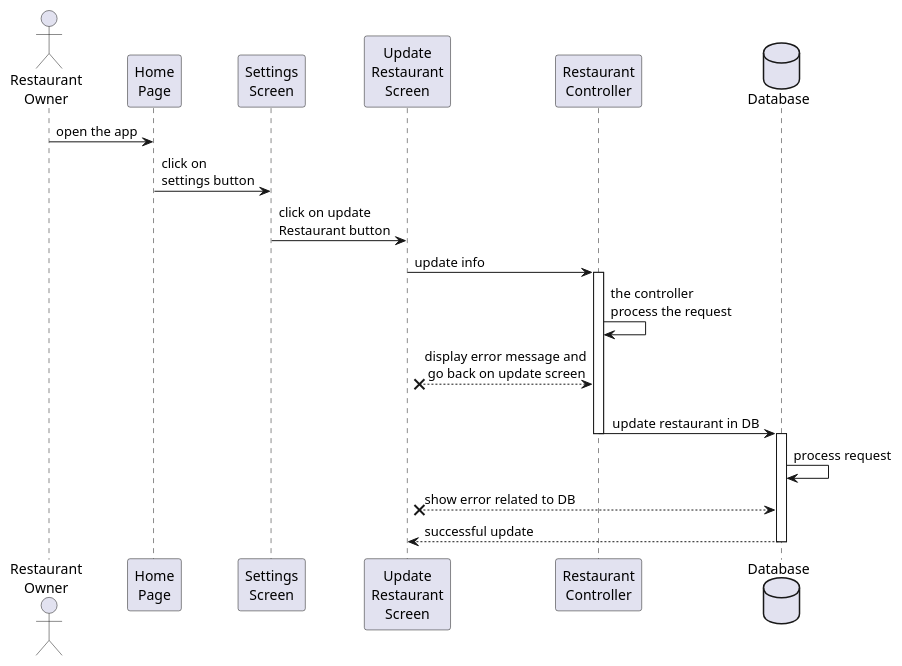
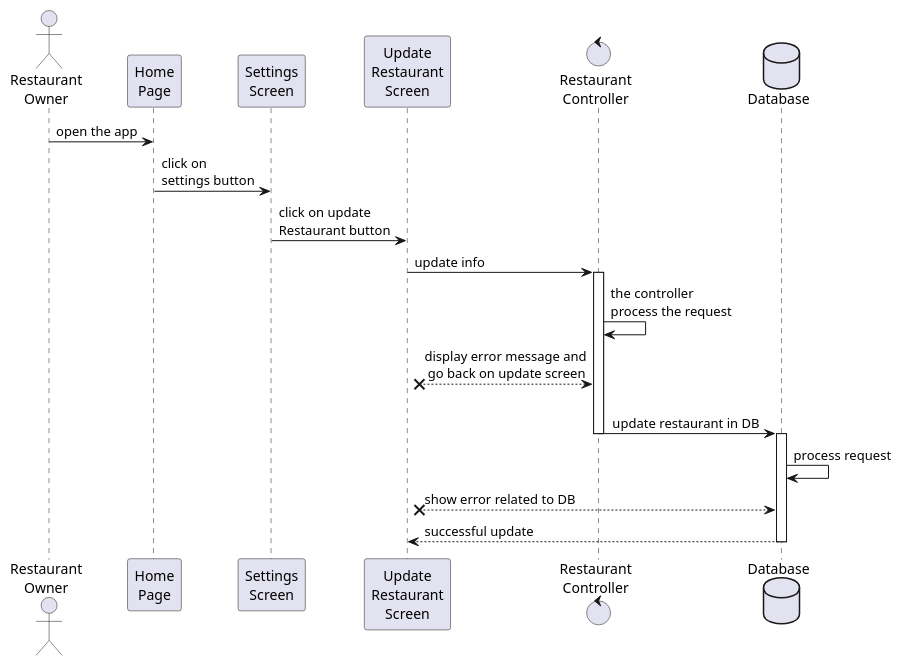
The diagram in src/main/java/unipa/fooddelivery/diagrams/sequence/updateRestaurantInfo.wsd (TommasoScalici/FoodDelivery), drawn with PlantUML before and after one commit. The commit also changed 2 other files, not shown here.

Commit message:
fix register, login, restaurantUpdateInfo

```diff
--- a/src/main/java/unipa/fooddelivery/diagrams/sequence/updateRestaurantInfo.wsd
+++ b/src/main/java/unipa/fooddelivery/diagrams/sequence/updateRestaurantInfo.wsd
@@ -1,29 +1,29 @@
 @startuml register
 
 actor "Restaurant\nOwner" as Owner
 participant "Home\nPage" as HomePage
 participant "Settings\nScreen" as Settings
 participant "Update\nRestaurant\nScreen" as UpdateScreen
-participant "Restaurant\nController" as RestaurantController
+control "Restaurant\nController" as RestaurantController
 database Database
 
 Owner -> HomePage: open the app
 HomePage -> Settings: click on\nsettings button
 Settings -> UpdateScreen: click on update\nRestaurant button
 UpdateScreen -> RestaurantController: update info
 
 activate RestaurantController
 RestaurantController -> RestaurantController: the controller\nprocess the request
 UpdateScreen x-- RestaurantController: display error message and\n go back on update screen
 RestaurantController -> Database: \n  update restaurant in DB
 deactivate RestaurantController
 
 activate Database
 Database -> Database: process request
 UpdateScreen x-- Database: show error related to DB
 UpdateScreen <-- Database: successful update
 deactivate Database
 
 
 
 @enduml
```
